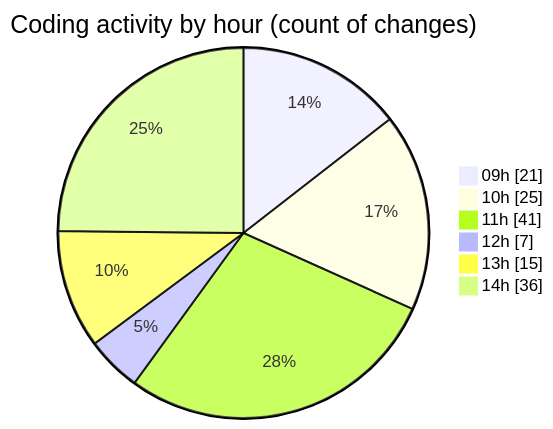
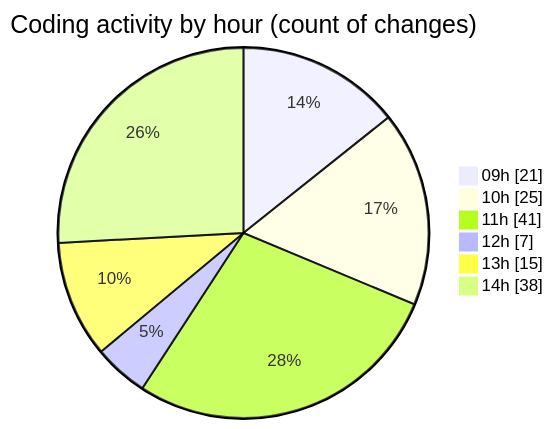
Before and after one commit to momahboobian/code-tracking: the second of 2 diagrams in 2025-12-01/cda/README.md, drawn with Mermaid. The commit also changed other lines of this file and 1 other file, not shown here.

````diff
--- a/2025-12-01/cda/README.md
+++ b/2025-12-01/cda/README.md
@@ -49,10 +49,10 @@
 ```mermaid
 pie showData
 title Coding activity by hour (count of changes)
 "09h" : 21
 "10h" : 25
 "11h" : 41
 "12h" : 7
 "13h" : 15
-"14h" : 36
+"14h" : 38
 ```
````
